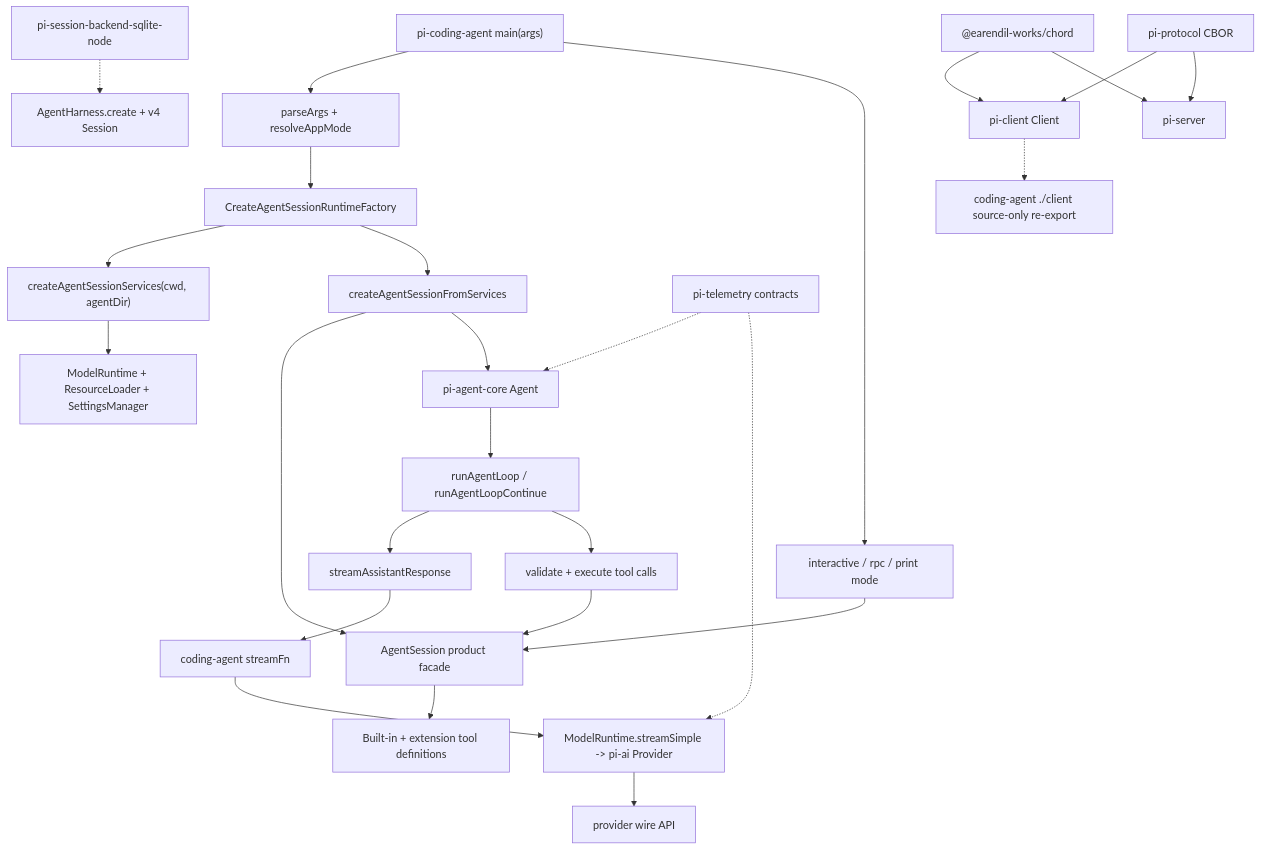
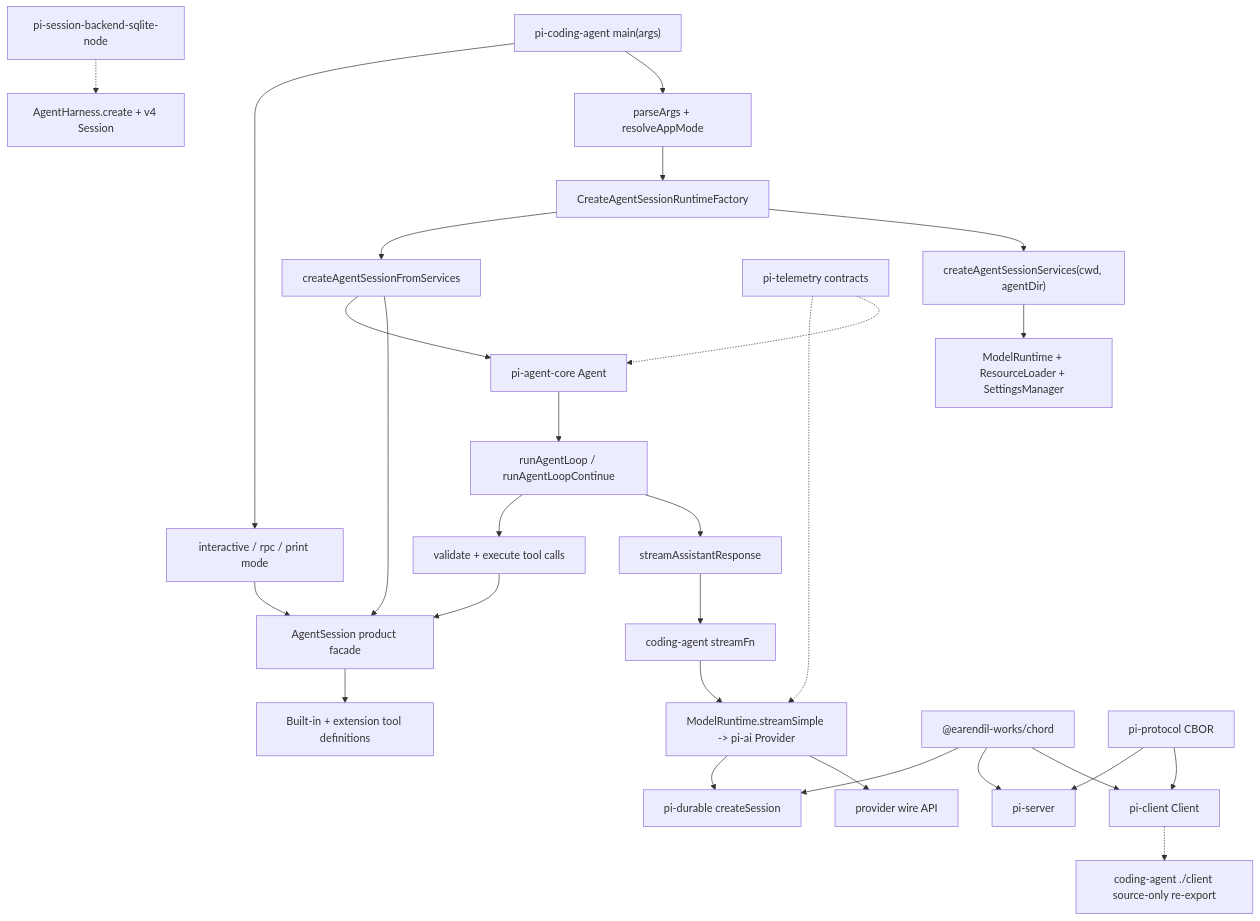
The diagram in docs/llm-wiki/pi/spine/overview.md (wdnmdtonyma/SOTA-Agent-LLM-Wiki), drawn with Mermaid before and after one commit. The commit also changed other lines of this file and 225 other files, not shown here.

````diff
--- a/docs/llm-wiki/pi/spine/overview.md
+++ b/docs/llm-wiki/pi/spine/overview.md
@@ -81,28 +90,30 @@
 ```mermaid
 flowchart TD
   CLI["pi-coding-agent main(args)"] --> Parse["parseArgs + resolveAppMode"]
   Parse --> RuntimeFactory["CreateAgentSessionRuntimeFactory"]
   RuntimeFactory --> Services["createAgentSessionServices(cwd, agentDir)"]
   Services --> Registry["ModelRuntime + ResourceLoader + SettingsManager"]
   RuntimeFactory --> SDK["createAgentSessionFromServices"]
   SDK --> Session["AgentSession product facade"]
   SDK --> CoreAgent["pi-agent-core Agent"]
   Session --> ToolDefs["Built-in + extension tool definitions"]
   CoreAgent --> Loop["runAgentLoop / runAgentLoopContinue"]
   Loop --> LLM["streamAssistantResponse"]
   LLM --> StreamFn["coding-agent streamFn"]
   StreamFn --> PiAI["ModelRuntime.streamSimple -> pi-ai Provider"]
   PiAI --> Wire["provider wire API"]
   Loop --> ToolExec["validate + execute tool calls"]
   ToolExec --> Session
   CLI --> Modes["interactive / rpc / print mode"]
   Modes --> Session
   Telemetry["pi-telemetry contracts"] -.-> CoreAgent
   Telemetry -.-> PiAI
   SQLite["pi-session-backend-sqlite-node"] -.-> Harness["AgentHarness.create + v4 Session"]
   Chord["@earendil-works/chord"] --> Client["pi-client Client"]
   Chord --> Server["pi-server"]
+  Chord --> Durable["pi-durable createSession"]
+  PiAI --> Durable
   Protocol["pi-protocol CBOR"] --> Client
   Protocol --> Server
   Client -.-> Reexport["coding-agent ./client source-only re-export"]
 ```
````
